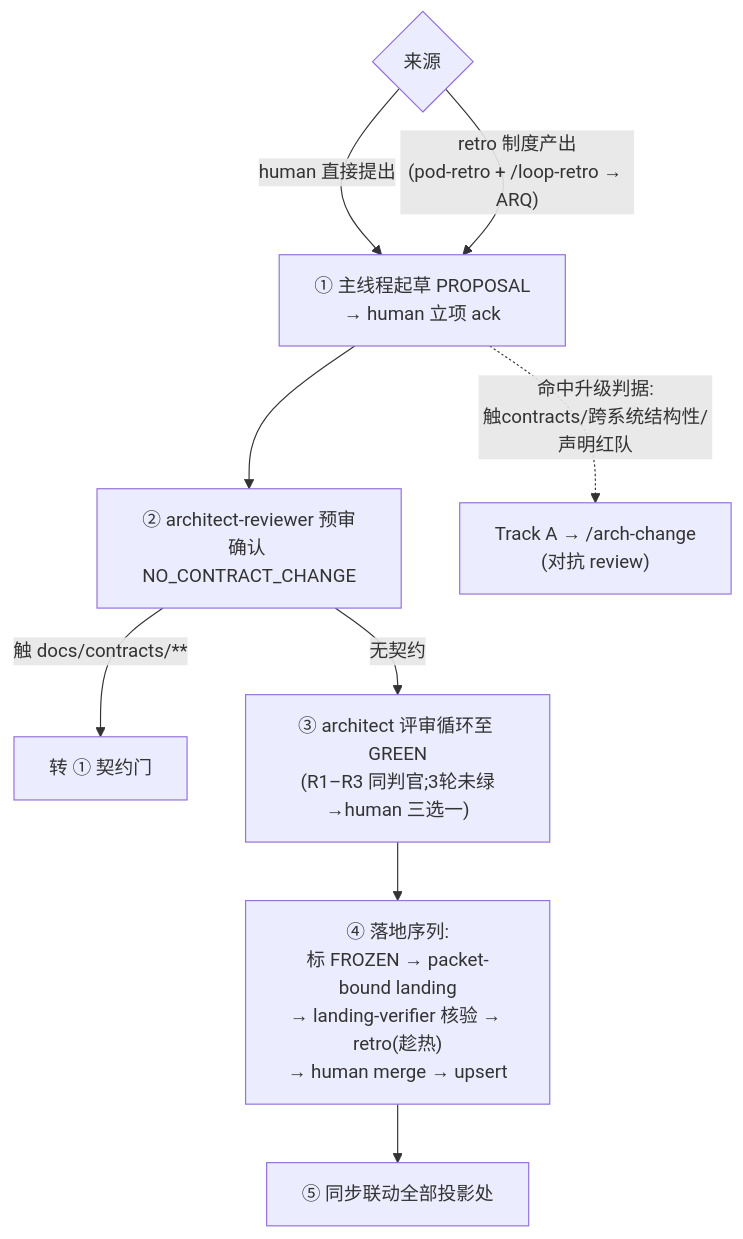
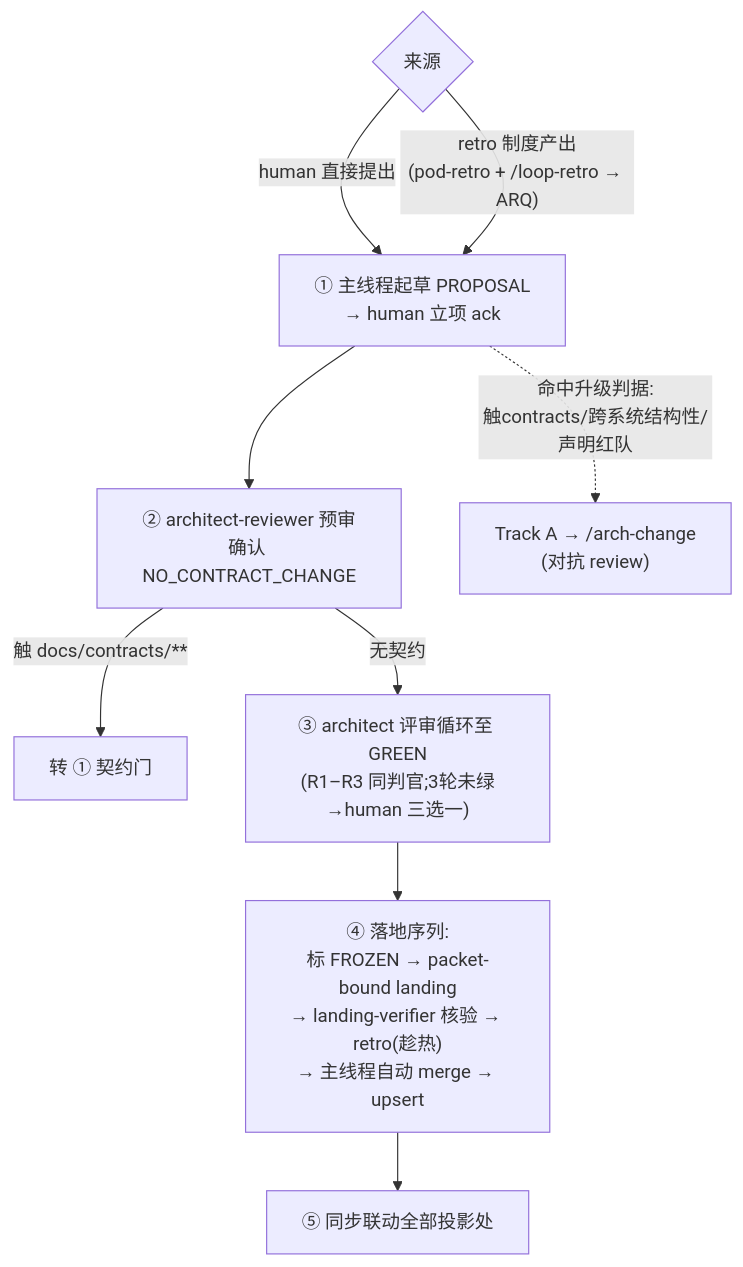
One commit to fandanpeng/KidPal changed the fourth of 5 diagrams in docs/DEV-GOVERNANCE.md. Above: the diagram before and after it, drawn with Mermaid. The commit also changed other lines of this file and 19 other files, not shown here.

First line of the commit message:
chore(gov): 同步源仓 6154a6c + eb07c4a——auto-merge 前置升级闸 + worktree 图索引快照引导

````diff
--- a/docs/DEV-GOVERNANCE.md
+++ b/docs/DEV-GOVERNANCE.md
@@ -140,11 +140,11 @@
 ```mermaid
 flowchart TD
     SRC{"来源"} -->|"human 直接提出"| D1
     SRC -->|"retro 制度产出<br/>(pod-retro + /loop-retro → ARQ)"| D1
     D1["① 主线程起草 PROPOSAL<br/>→ human 立项 ack"] --> PRE["② architect-reviewer 预审<br/>确认 NO_CONTRACT_CHANGE"]
     PRE -->|"触 docs/contracts/**"| CGATE["转 ① 契约门"]
     PRE -->|"无契约"| REV["③ architect 评审循环至 GREEN<br/>(R1–R3 同判官;3轮未绿→human 三选一)"]
-    REV --> SEQ["④ 落地序列:<br/>标 FROZEN → packet-bound landing<br/>→ landing-verifier 核验 → retro(趁热)<br/>→ human merge → upsert"]
+    REV --> SEQ["④ 落地序列:<br/>标 FROZEN → packet-bound landing<br/>→ landing-verifier 核验 → retro(趁热)<br/>→ 主线程自动 merge → upsert"]
     SEQ --> SYNC["⑤ 同步联动全部投影处"]
     D1 -.->|"命中升级判据:<br/>触contracts/跨系统结构性/声明红队"| TA["Track A → /arch-change<br/>(对抗 review)"]
 ```
````
